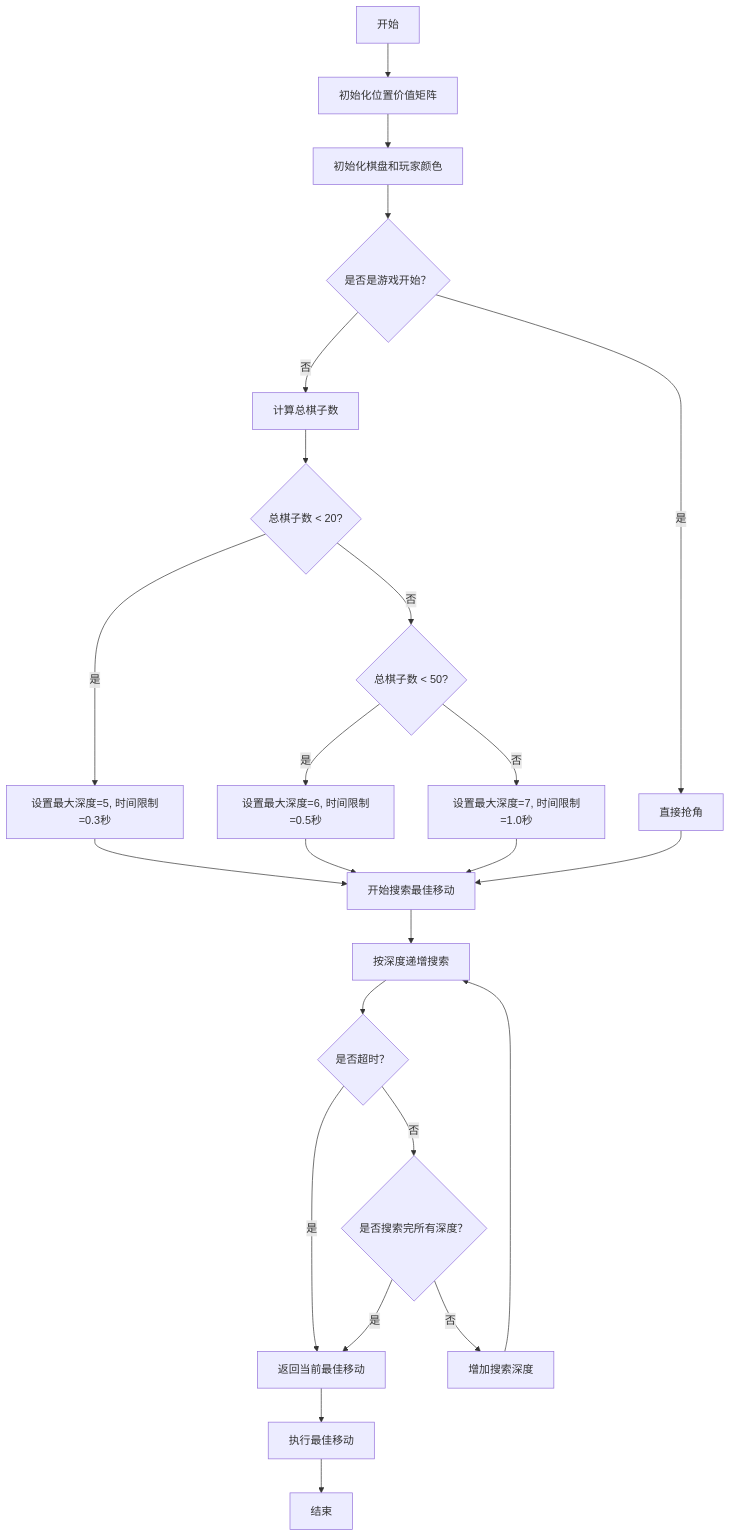
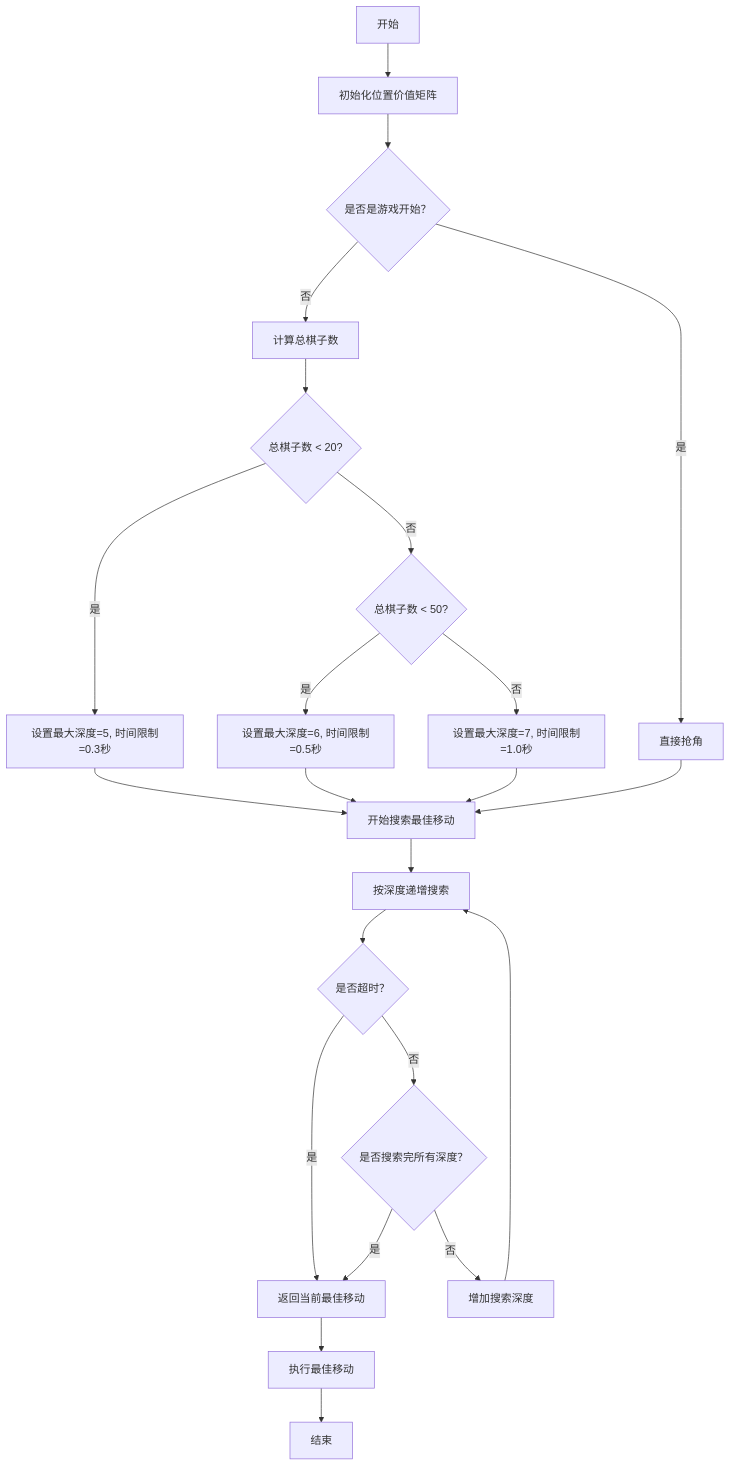
One commit to SeeleWelt/iodraw-files changed the diagram in all/未命名-1.md. Above: the diagram before and after it, drawn with Mermaid.

Commit message:
2025-06-06 10:23:10 update

````diff
--- a/all/未命名-1.md
+++ b/all/未命名-1.md
@@ -1,26 +1,25 @@
 ```mermaid
 graph TD
-    A[开始] --> B[初始化位置价值矩阵]
-    B --> H[初始化棋盘和玩家颜色]
+    A[开始] --> H[初始化位置价值矩阵]
     H --> I{是否是游戏开始？}
     I -->|是| J[直接抢角]
     I -->|否| K[计算总棋子数]
     K --> L{总棋子数 < 20?}
     L -->|是| M[设置最大深度=5, 时间限制=0.3秒]
     L -->|否| N{总棋子数 < 50?}
     N -->|是| O[设置最大深度=6, 时间限制=0.5秒]
     N -->|否| P[设置最大深度=7, 时间限制=1.0秒]
     M --> Q[开始搜索最佳移动]
     O --> Q
     P --> Q
     J --> Q
     Q --> R[按深度递增搜索]
     R --> S{是否超时？}
     S -->|是| T[返回当前最佳移动]
     S -->|否| U{是否搜索完所有深度？}
     U -->|是| T
     U -->|否| V[增加搜索深度]
     V --> R
     T --> W[执行最佳移动]
     W --> X[结束]
 ```
````
